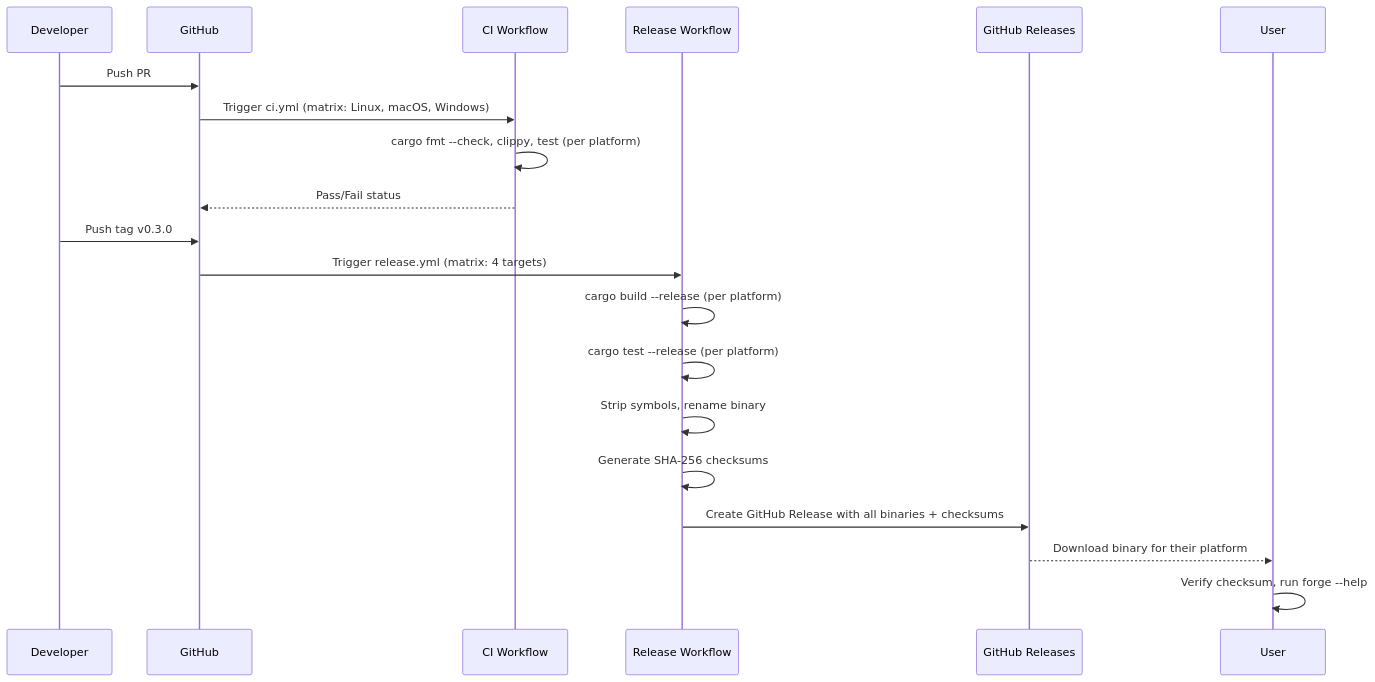
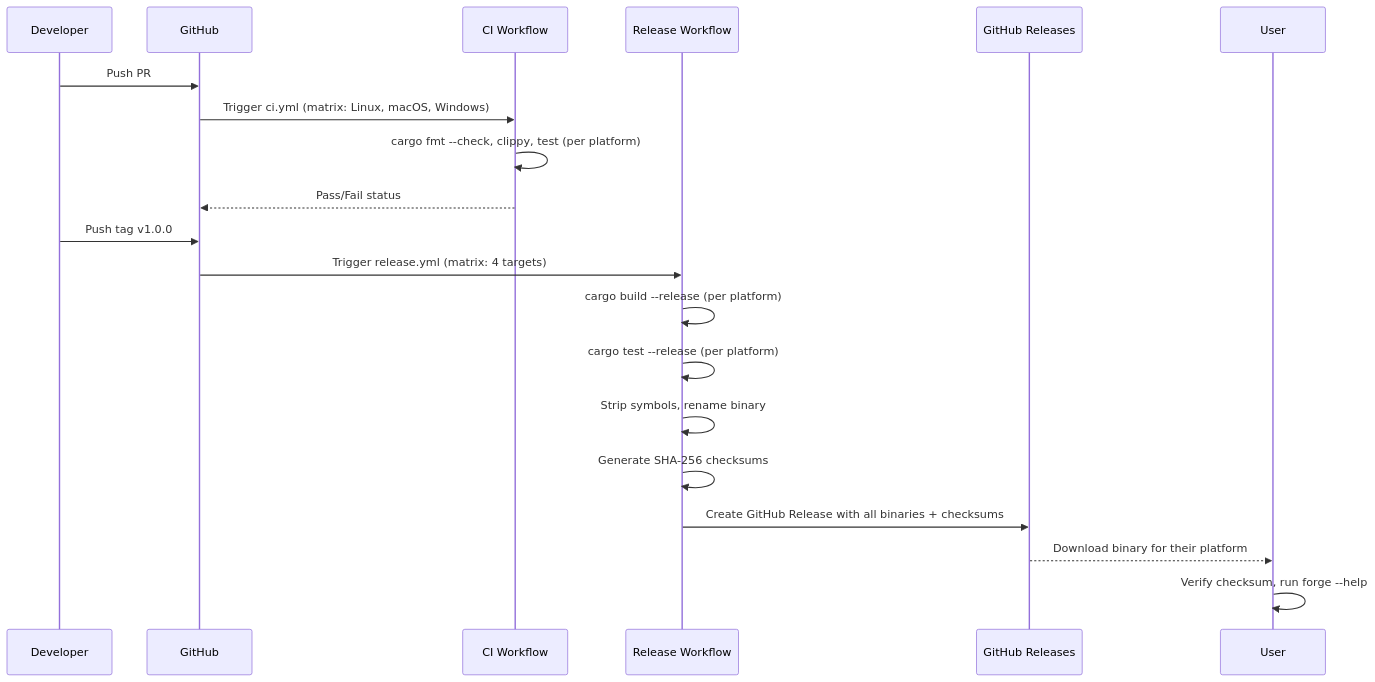
One commit to policy-forge/forge changed the sixth of 8 diagrams in docs/AR/049-ar-cross-platform-release.md. Above: the diagram before and after it, drawn with Mermaid. The commit also changed other lines of this file and 9 other files, not shown here.

````diff
--- a/docs/AR/049-ar-cross-platform-release.md
+++ b/docs/AR/049-ar-cross-platform-release.md
@@ -323,24 +323,24 @@
 ```mermaid
 sequenceDiagram
     participant D as Developer
     participant GH as GitHub
     participant CI as CI Workflow
     participant RW as Release Workflow
     participant GR as GitHub Releases
     participant U as User
 
     D->>GH: Push PR
     GH->>CI: Trigger ci.yml (matrix: Linux, macOS, Windows)
     CI->>CI: cargo fmt --check, clippy, test (per platform)
     CI-->>GH: Pass/Fail status
 
-    D->>GH: Push tag v0.3.0
+    D->>GH: Push tag v1.0.0
     GH->>RW: Trigger release.yml (matrix: 4 targets)
     RW->>RW: cargo build --release (per platform)
     RW->>RW: cargo test --release (per platform)
     RW->>RW: Strip symbols, rename binary
     RW->>RW: Generate SHA-256 checksums
     RW->>GR: Create GitHub Release with all binaries + checksums
     GR-->>U: Download binary for their platform
     U->>U: Verify checksum, run forge --help
 ```
````
